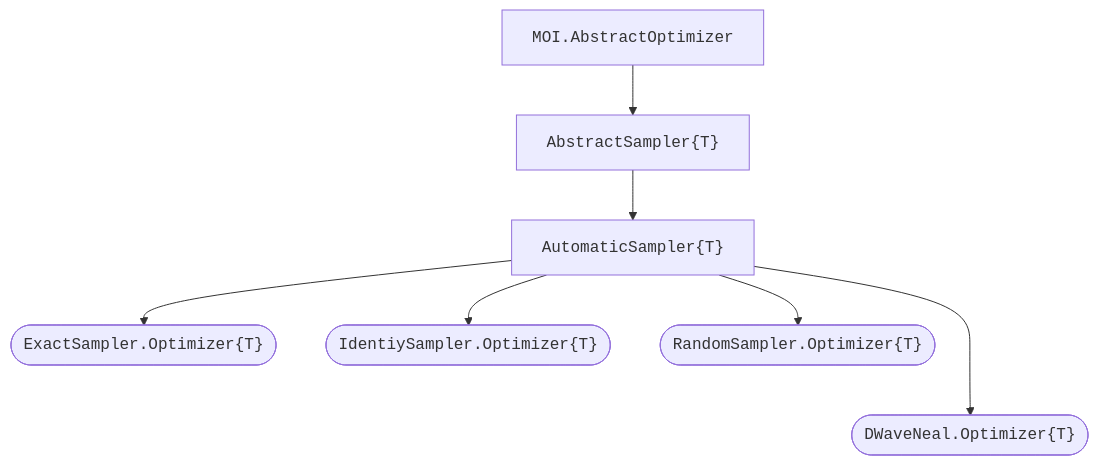
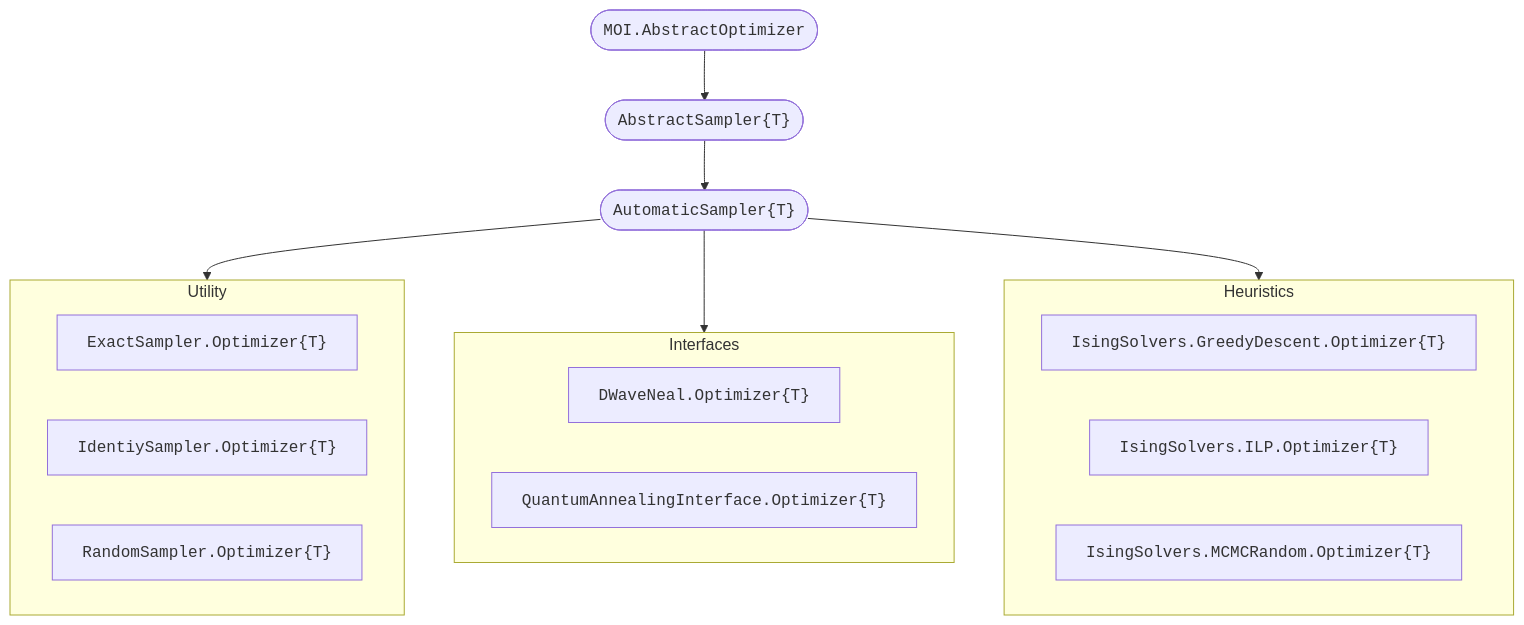
Before and after one commit to psrenergy/Anneal.jl: the diagram in README.md, drawn with Mermaid. The commit also changed other lines of this file, not shown here.

Commit message:
Update samplers

````diff
--- a/README.md
+++ b/README.md
@@ -86,19 +99,32 @@
 ```mermaid
-flowchart TD;
-    OPTIMIZER["<code>MOI.AbstractOptimizer</code>"];
-    ABSTRACT["<code>AbstractSampler{T}</code>"];
-    AUTOMATIC["<code>AutomaticSampler{T}</code>"];
+flowchart TB;
+    OPTIMIZER(["<code>MOI.AbstractOptimizer</code>"]);
+    ABSTRACT(["<code>AbstractSampler{T}</code>"]);
+    AUTOMATIC(["<code>AutomaticSampler{T}</code>"]);
+    
+    OPTIMIZER --> ABSTRACT --> AUTOMATIC;
 
-    EXACT(["<code>ExactSampler.Optimizer{T}</code>"]);
-    IDENTITY(["<code>IdentiySampler.Optimizer{T}</code>"]);
-    RANDOM(["<code>RandomSampler.Optimizer{T}</code>"]);
-    DWAVENEAL(["<code>DWaveNeal.Optimizer{T}</code>"]);
-
-    OPTIMIZER --> ABSTRACT;
-    ABSTRACT  --> AUTOMATIC;
-
-    AUTOMATIC --> EXACT;
-    AUTOMATIC --> IDENTITY;
-    AUTOMATIC --> RANDOM;
-    AUTOMATIC ---> DWAVENEAL;
+    subgraph UTILITY [Utility]
+        direction LR
+        EXACT["<code>ExactSampler.Optimizer{T}</code>"];
+        IDENTITY["<code>IdentiySampler.Optimizer{T}</code>"];
+        RANDOM["<code>RandomSampler.Optimizer{T}</code>"];
+    end
+    
+    subgraph HEURISTICS [Heuristics]
+        direction LR
+        GREEDY["<code>IsingSolvers.GreedyDescent.Optimizer{T}</code>"];
+        ILP["<code>IsingSolvers.ILP.Optimizer{T}</code>"];
+        MCMC["<code>IsingSolvers.MCMCRandom.Optimizer{T}</code>"];
+    end
+    
+    subgraph INTERFACES [Interfaces]
+        direction LR
+        DWAVENEAL["<code>DWaveNeal.Optimizer{T}</code>"];
+        QUANTUMANNEALING["<code>QuantumAnnealingInterface.Optimizer{T}</code>"];
+    end
+       
+    AUTOMATIC --> UTILITY;
+    AUTOMATIC --> INTERFACES;
+    AUTOMATIC --> HEURISTICS;
 ```
````
